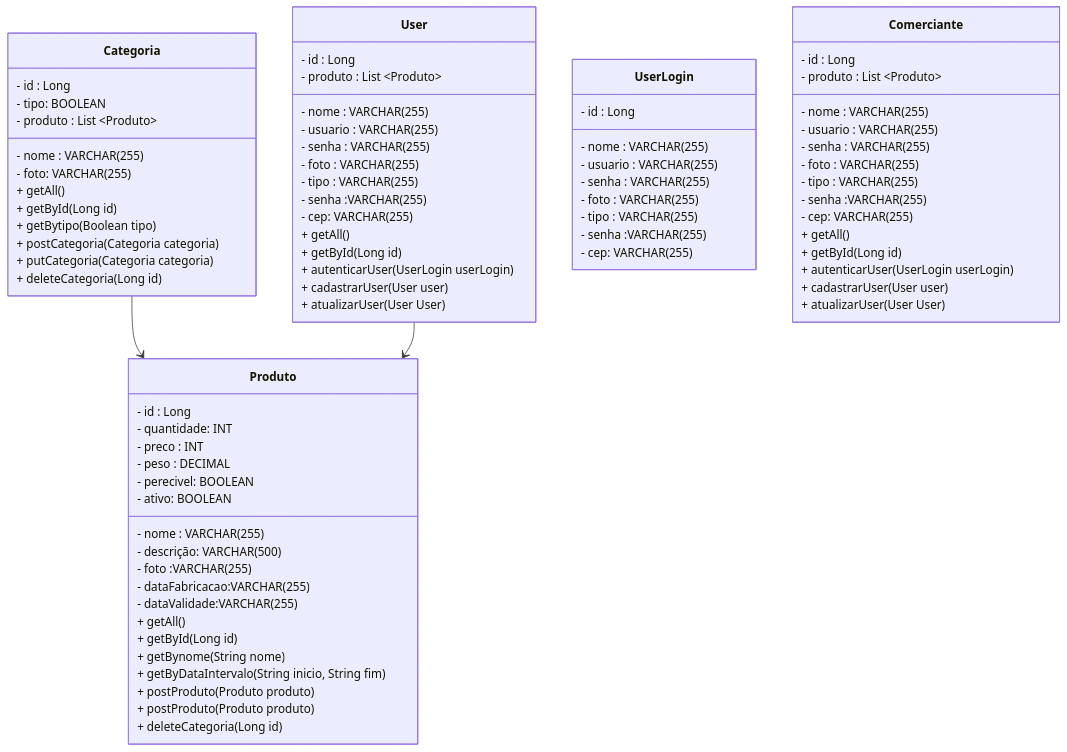
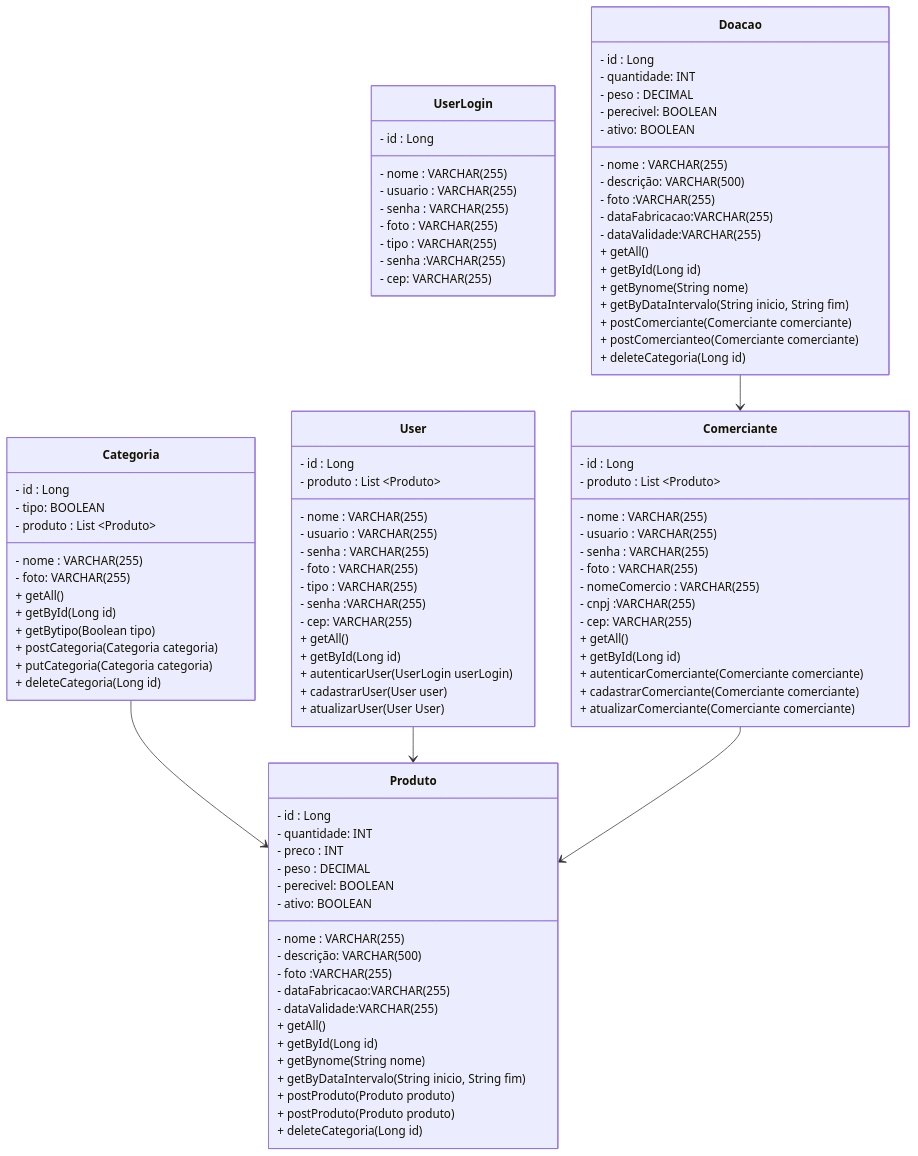
Before and after one commit to Projeto-Tai/Documentacao: the diagram in README.md, drawn with Mermaid.

````diff
--- a/README.md
+++ b/README.md
@@ -86,16 +86,39 @@
   - usuario :  VARCHAR(255)
   - senha :  VARCHAR(255)
   - foto :  VARCHAR(255)
-  - tipo : VARCHAR(255)
-  - senha :VARCHAR(255)
+  - nomeComercio : VARCHAR(255)
+  - cnpj :VARCHAR(255)
   - cep: VARCHAR(255)
   - produto : List ~Produto~
   + getAll()
   + getById(Long id)
-  + autenticarUser(UserLogin userLogin)
-  + cadastrarUser(User user)
-  + atualizarUser(User User)
+  + autenticarComerciante(Comerciante comerciante)
+  + cadastrarComerciante(Comerciante comerciante)
+  + atualizarComerciante(Comerciante comerciante)
+}
+
+class Doacao {
+  - id : Long
+  - nome : VARCHAR(255)
+  - quantidade: INT
+  - descrição: VARCHAR(500)
+  - foto :VARCHAR(255)
+  - peso : DECIMAL
+  - perecivel: BOOLEAN
+  - ativo: BOOLEAN
+  - dataFabricacao:VARCHAR(255)
+  - dataValidade:VARCHAR(255)
+  + getAll()
+  + getById(Long id)
+  + getBynome(String nome)
+  + getByDataIntervalo (String inicio, String fim)
+  + postComerciante(Comerciante comerciante)
+  + postComercianteo(Comerciante comerciante)
+  + deleteCategoria(Long id)
 }
 Categoria --> Produto
 User --> Produto
+Comerciante --> Produto
+Doacao --> Comerciante
+
 ```  
````
